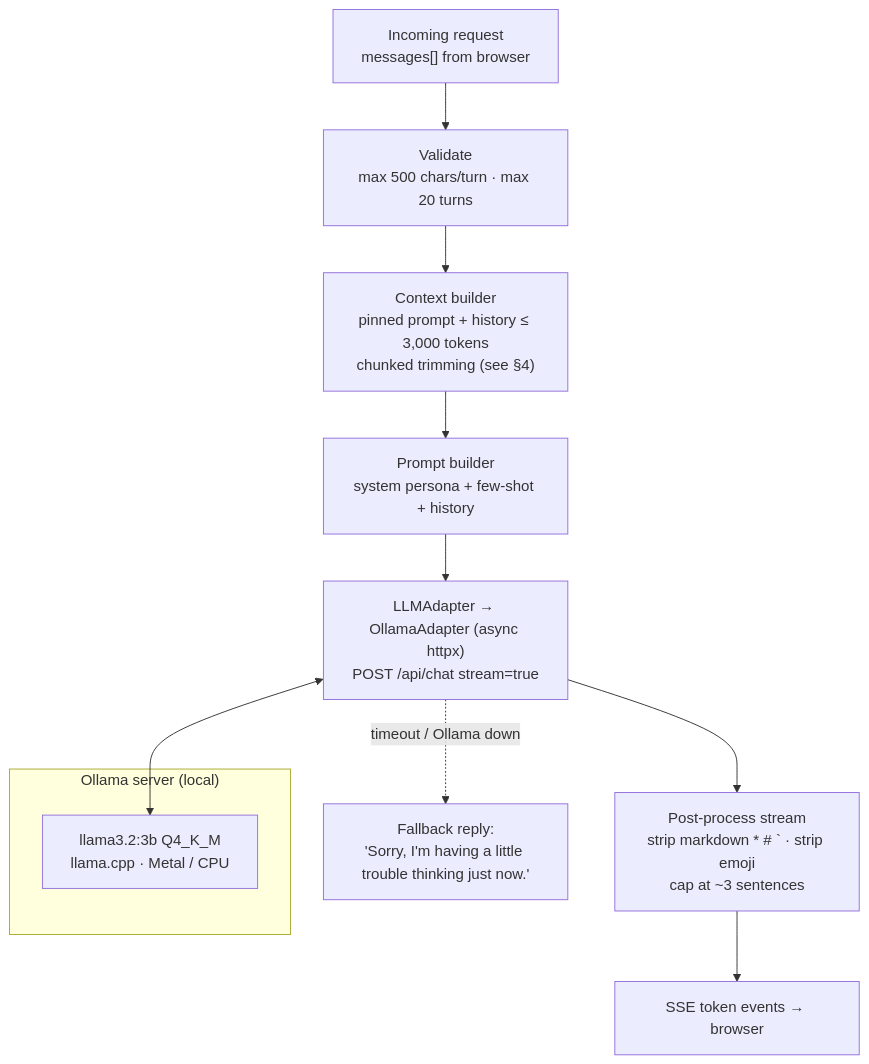
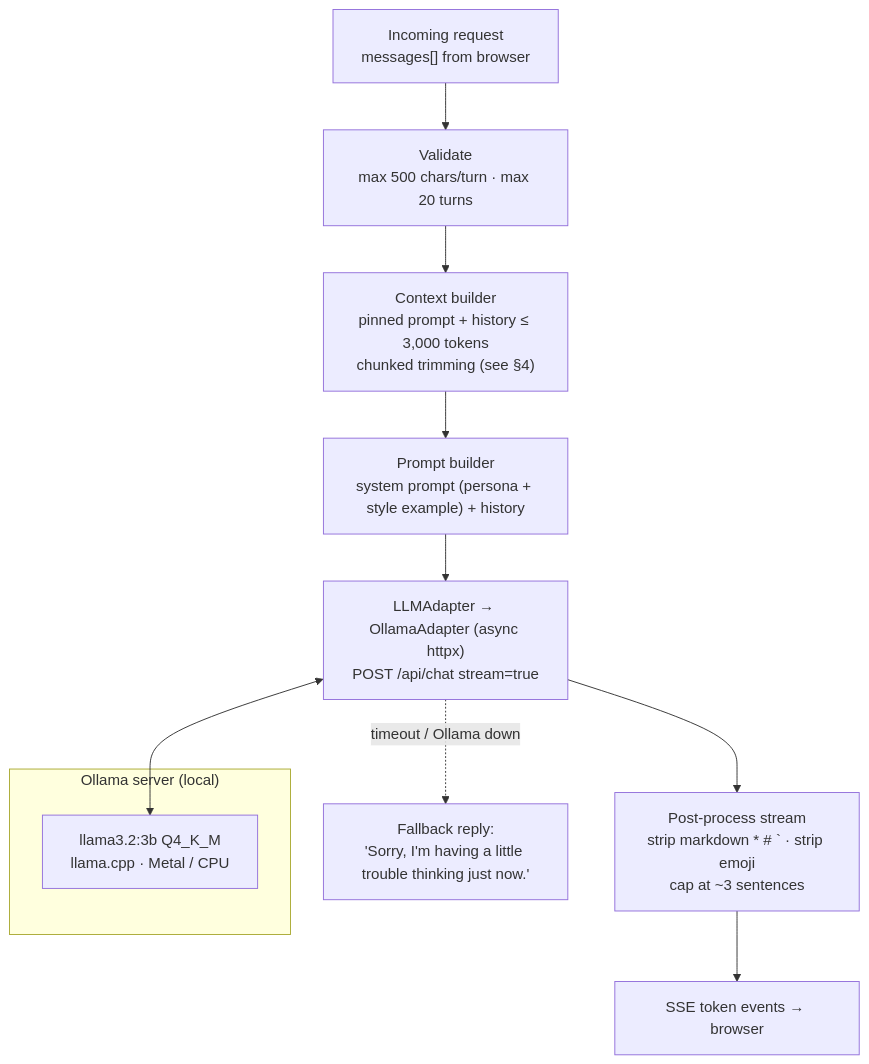
One commit to ShivaTeja05/Local-LLM-Based-Text-to-Speech-Application changed the third of 10 diagrams in docs/ARCHITECTURE.md. Above: the diagram before and after it, drawn with Mermaid. The commit also changed other lines of this file and 4 other files, not shown here.

````diff
--- a/docs/ARCHITECTURE.md
+++ b/docs/ARCHITECTURE.md
@@ -181,14 +181,14 @@
 ```mermaid
 flowchart TB
   IN["Incoming request<br/>messages[] from browser"] --> V["Validate<br/>max 500 chars/turn · max 20 turns"]
   V --> H["Context builder<br/>pinned prompt + history ≤ 3,000 tokens<br/>chunked trimming (see §4)"]
-  H --> P["Prompt builder<br/>system persona + few-shot + history"]
+  H --> P["Prompt builder<br/>system prompt (persona + style example) + history"]
   P --> C["LLMAdapter → OllamaAdapter (async httpx)<br/>POST /api/chat stream=true"]
   subgraph Ollama["Ollama server (local)"]
     M["llama3.2:3b Q4_K_M<br/>llama.cpp · Metal / CPU"]
   end
   C <--> M
   C --> PP["Post-process stream<br/>strip markdown * # ` · strip emoji<br/>cap at ~3 sentences"]
   PP --> SSE["SSE token events → browser"]
   C -. timeout / Ollama down .-> FB["Fallback reply:<br/>'Sorry, I'm having a little trouble thinking just now.'"]
 ```
````
